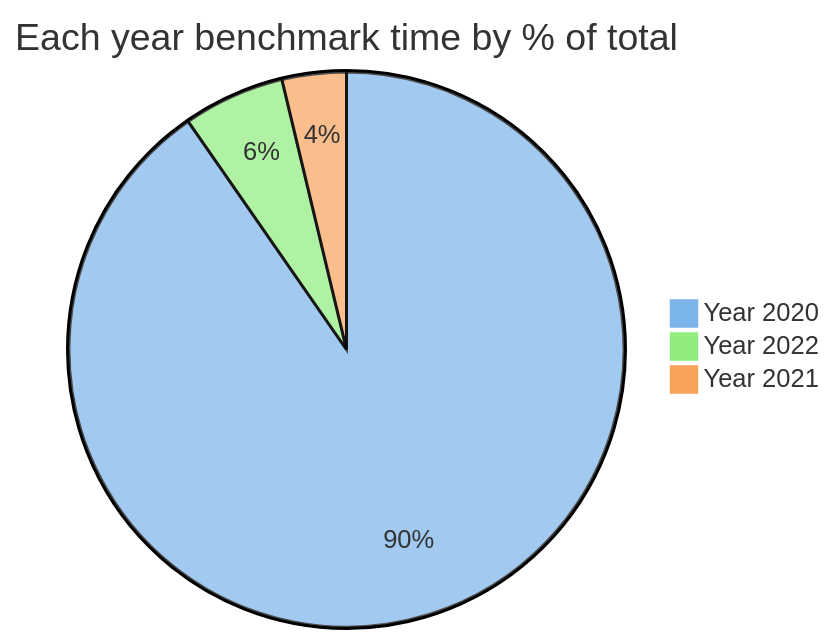
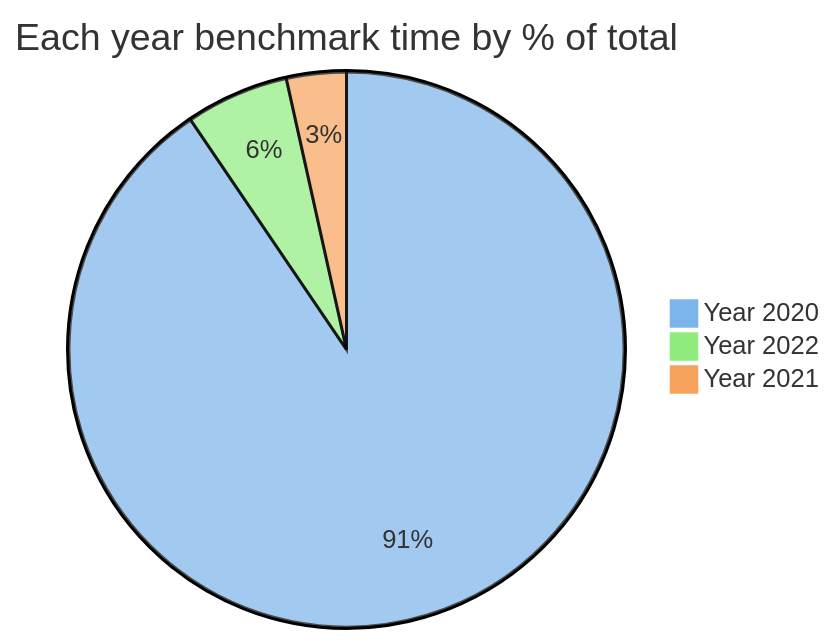
Before and after one commit to maneatingape/advent-of-code-rust: the first of 4 diagrams in README.md, drawn with Mermaid. The commit also changed other lines of this file, not shown here.

````diff
--- a/README.md
+++ b/README.md
@@ -45,8 +45,8 @@
 ```mermaid
 %%{init: {'theme': 'base', 'themeVariables': { 'pie1': '#7cb5ec', 'pie2': '#90ed7d', 'pie3': '#f7a35c'}}}%%
 pie
     title Each year benchmark time by % of total
-    "Year 2020" : 290
+    "Year 2020" : 286
     "Year 2022" : 19
-    "Year 2021" : 12
+    "Year 2021" : 11
 ```
````
